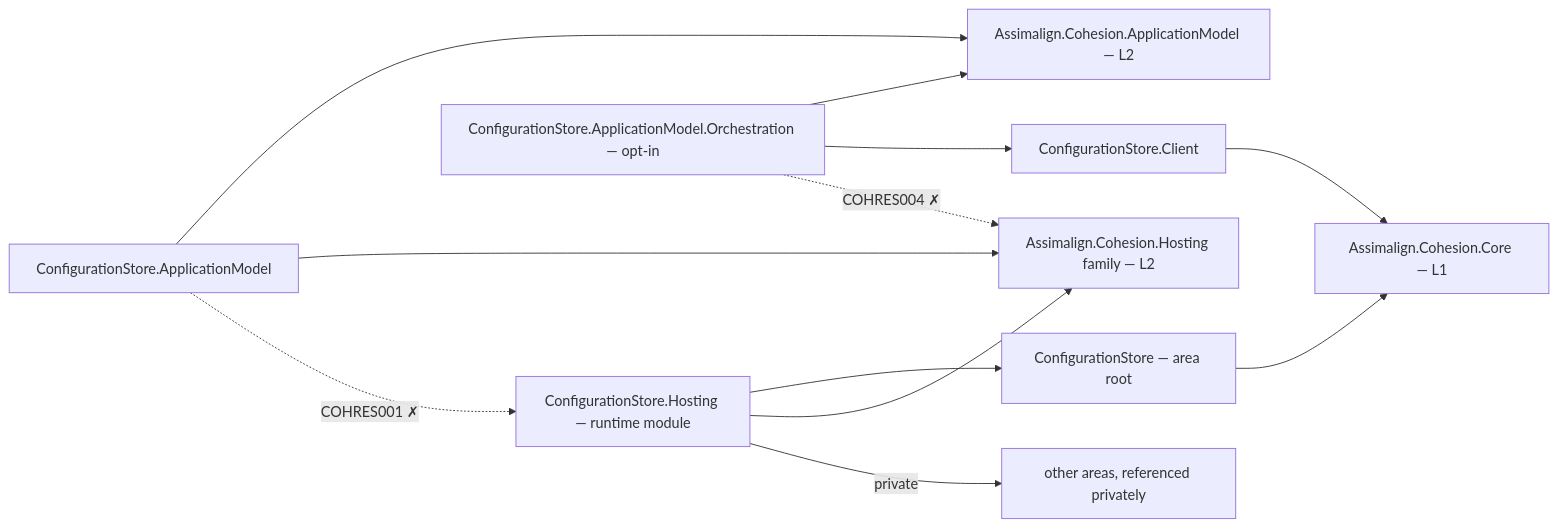
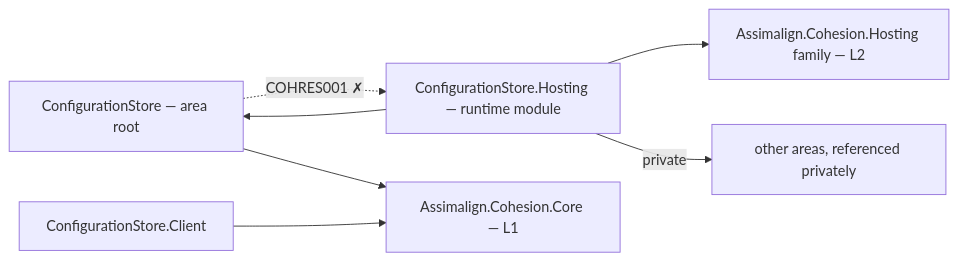
Before and after one commit to assimalign/cohesion: the diagram in resources/ConfigurationStore/README.md, drawn with Mermaid. The commit also changed other lines of this file and 441 other files, not shown here.

````diff
--- a/resources/ConfigurationStore/README.md
+++ b/resources/ConfigurationStore/README.md
@@ -13,23 +13,15 @@
 ```mermaid
 flowchart LR
     P0["ConfigurationStore — area root"]
-    P1["ConfigurationStore.ApplicationModel"]
     P2["ConfigurationStore.Client"]
     P3["ConfigurationStore.Hosting — runtime module"]
-    P4["ConfigurationStore.ApplicationModel.Orchestration — opt-in"]
     CORE["Assimalign.Cohesion.Core — L1"]
     HOSTFAM["Assimalign.Cohesion.Hosting family — L2"]
-    APPMODEL["Assimalign.Cohesion.ApplicationModel — L2"]
     PRIV["other areas, referenced privately"]
     P0 --> CORE
-    P1 --> APPMODEL
-    P1 --> HOSTFAM
     P2 --> CORE
     P3 --> P0
     P3 --> HOSTFAM
     P3 -->|"private"| PRIV
-    P4 --> APPMODEL
-    P4 --> P2
-    P1 -.->|"COHRES001 ✗"| P3
-    P4 -.->|"COHRES004 ✗"| HOSTFAM
+    P0 -.->|"COHRES001 ✗"| P3
 ```
````
